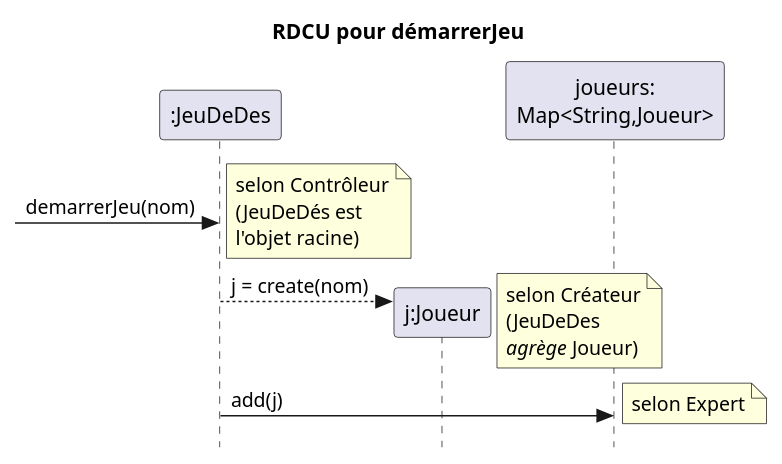
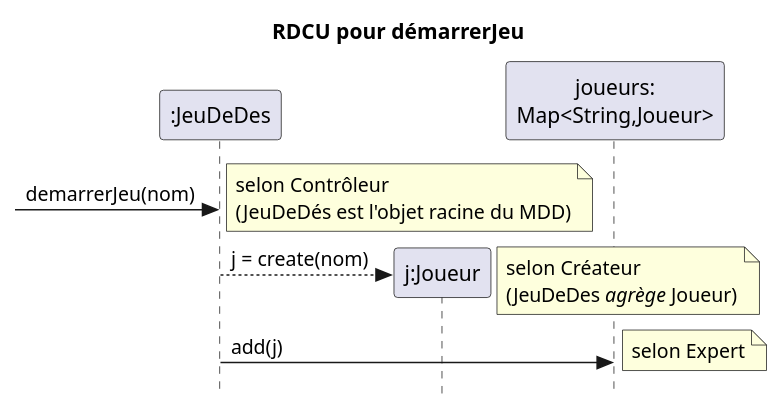
The diagram in docs/modeles/rdcu-demarrerJeu.puml (profcfuhrmanets/log210-jeu-de-des-node-express-ts), drawn with PlantUML before and after one commit. The commit also changed 2 other files, not shown here.

Commit message:
Refactoriser diagrammes

```diff
--- a/docs/modeles/rdcu-demarrerJeu.puml
+++ b/docs/modeles/rdcu-demarrerJeu.puml
@@ -1,15 +1,15 @@
 @startuml
 skinparam style strictuml
 skinparam defaultfontname Verdana
 title RDCU pour démarrerJeu
 participant ":JeuDeDes" as c
 ->c : demarrerJeu(nom)
-note right : selon Contrôleur\n(JeuDeDés est\nl'objet racine)
+note right : selon Contrôleur\n(JeuDeDés est l'objet racine du MDD)
 participant "j:Joueur" as j
 create j
 participant "joueurs:\nMap<String,Joueur>" as jm
 c-->j : j = create(nom)
-note right : selon Créateur\n(JeuDeDes\n//agrège// Joueur)
+note right : selon Créateur\n(JeuDeDes //agrège// Joueur)
 c -> jm : add(j)
 note right : selon Expert
 @enduml
```
